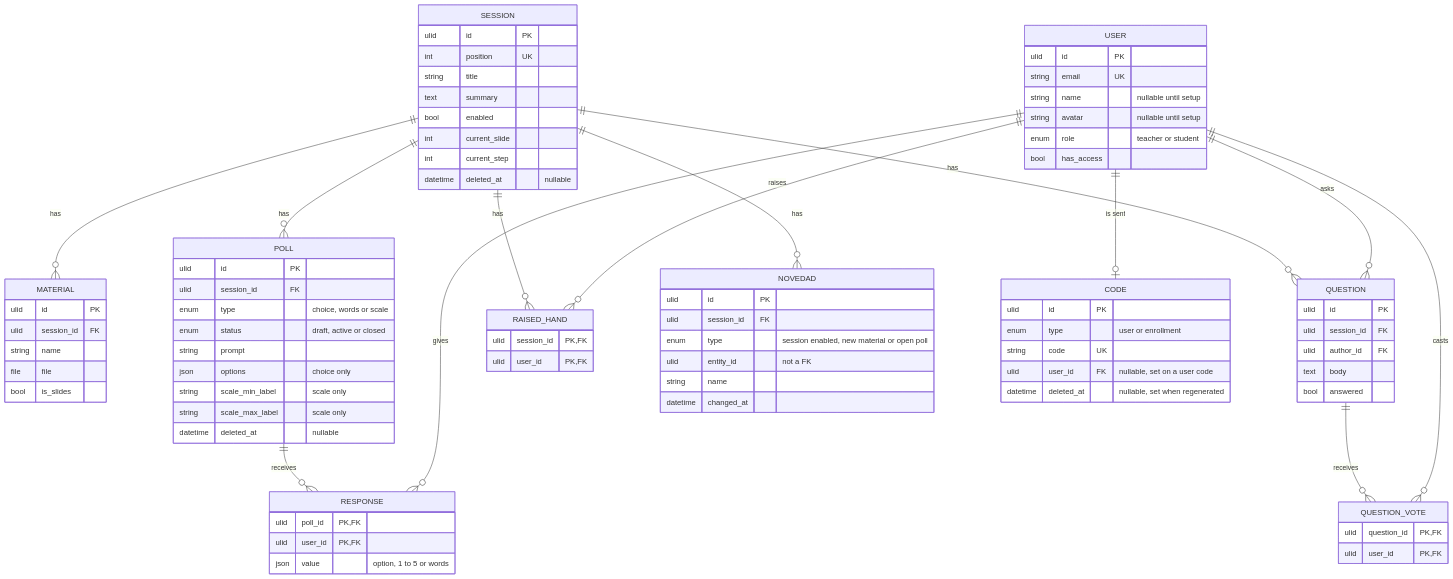
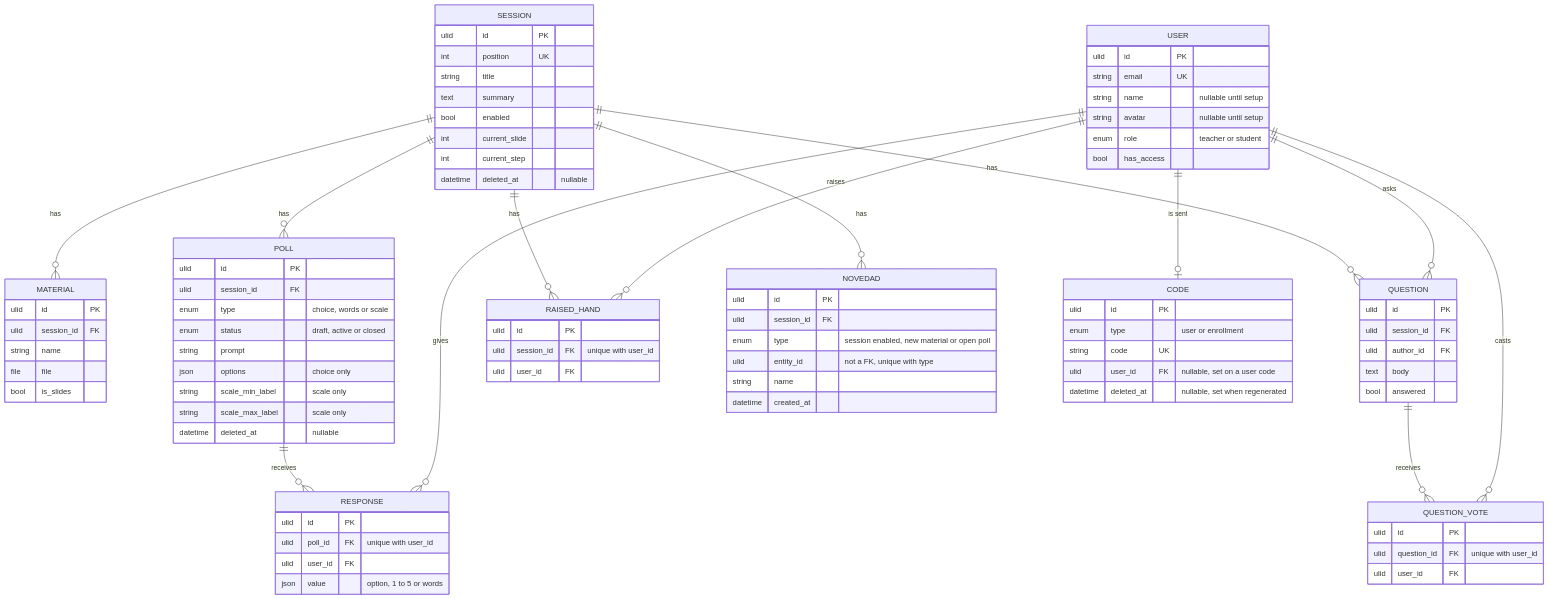
One commit to filadd/agentic-engineering-famaf-extension-course changed the diagram in app/docs/architecture/modelo-de-datos.md. Above: the diagram before and after it, drawn with Mermaid. The commit also changed other lines of this file and 3 other files, not shown here.

```diff
--- a/app/docs/architecture/modelo-de-datos.md
+++ b/app/docs/architecture/modelo-de-datos.md
@@ -64,8 +64,9 @@
         datetime deleted_at "nullable"
     }
     RESPONSE {
-        ulid poll_id PK, FK
-        ulid user_id PK, FK
+        ulid id PK
+        ulid poll_id FK "unique with user_id"
+        ulid user_id FK
         json value "option, 1 to 5 or words"
     }
     QUESTION {
@@ -76,20 +77,22 @@
         bool answered
     }
     QUESTION_VOTE {
-        ulid question_id PK, FK
-        ulid user_id PK, FK
+        ulid id PK
+        ulid question_id FK "unique with user_id"
+        ulid user_id FK
     }
     RAISED_HAND {
-        ulid session_id PK, FK
-        ulid user_id PK, FK
+        ulid id PK
+        ulid session_id FK "unique with user_id"
+        ulid user_id FK
     }
     NOVEDAD {
         ulid id PK
         ulid session_id FK
         enum type "session enabled, new material or open poll"
-        ulid entity_id "not a FK"
+        ulid entity_id "not a FK, unique with type"
         string name
-        datetime changed_at
+        datetime created_at
     }
     CODE {
         ulid id PK
```
